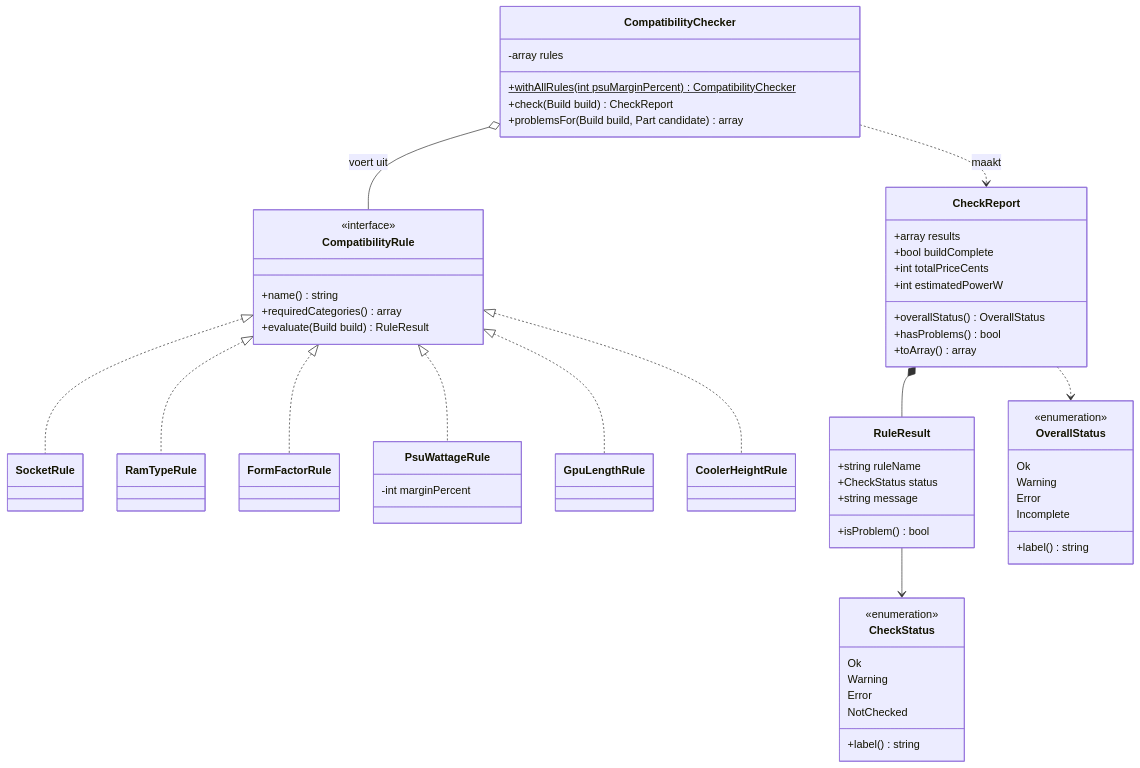
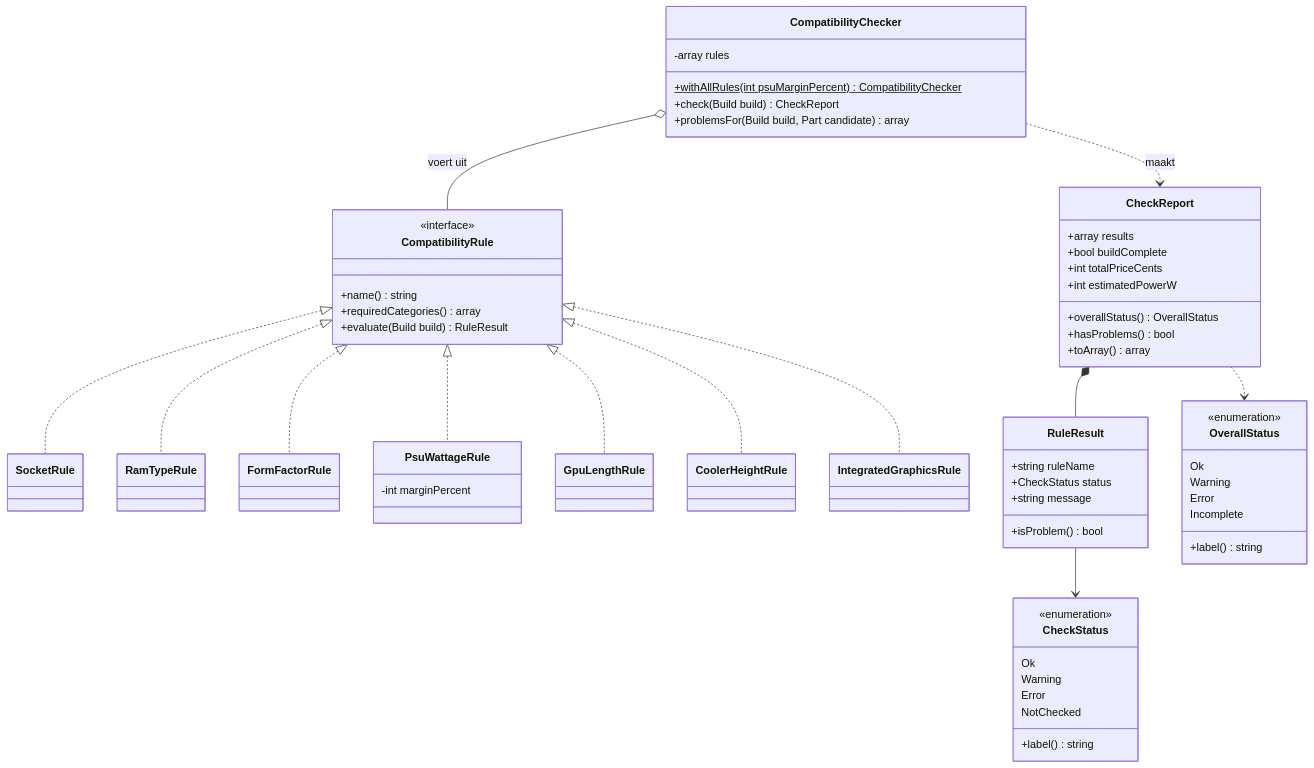
The fifth of 9 diagrams in docs/ontwerp.md (Niels023/pc-bouwplanner), drawn with Mermaid before and after one commit. The commit also changed other lines of this file and 5 other files, not shown here.

````diff
--- a/docs/ontwerp.md
+++ b/docs/ontwerp.md
@@ -334,66 +352,68 @@
 ```mermaid
 classDiagram
     class CompatibilityRule {
         <<interface>>
         +name() string
         +requiredCategories() array
         +evaluate(Build build) RuleResult
     }
     class SocketRule
     class RamTypeRule
     class FormFactorRule
     class PsuWattageRule {
         -int marginPercent
     }
     class GpuLengthRule
     class CoolerHeightRule
+    class IntegratedGraphicsRule
     class CompatibilityChecker {
         -array rules
         +withAllRules(int psuMarginPercent) CompatibilityChecker$
         +check(Build build) CheckReport
         +problemsFor(Build build, Part candidate) array
     }
     class CheckReport {
         +array results
         +bool buildComplete
         +int totalPriceCents
         +int estimatedPowerW
         +overallStatus() OverallStatus
         +hasProblems() bool
         +toArray() array
     }
     class RuleResult {
         +string ruleName
         +CheckStatus status
         +string message
         +isProblem() bool
     }
     class CheckStatus {
         <<enumeration>>
         Ok
         Warning
         Error
         NotChecked
         +label() string
     }
     class OverallStatus {
         <<enumeration>>
         Ok
         Warning
         Error
         Incomplete
         +label() string
     }
 
     CompatibilityRule <|.. SocketRule
     CompatibilityRule <|.. RamTypeRule
     CompatibilityRule <|.. FormFactorRule
     CompatibilityRule <|.. PsuWattageRule
     CompatibilityRule <|.. GpuLengthRule
     CompatibilityRule <|.. CoolerHeightRule
+    CompatibilityRule <|.. IntegratedGraphicsRule
     CompatibilityChecker o-- CompatibilityRule : voert uit
     CompatibilityChecker ..> CheckReport : maakt
     CheckReport *-- RuleResult
     RuleResult --> CheckStatus
     CheckReport ..> OverallStatus
 ```
````
